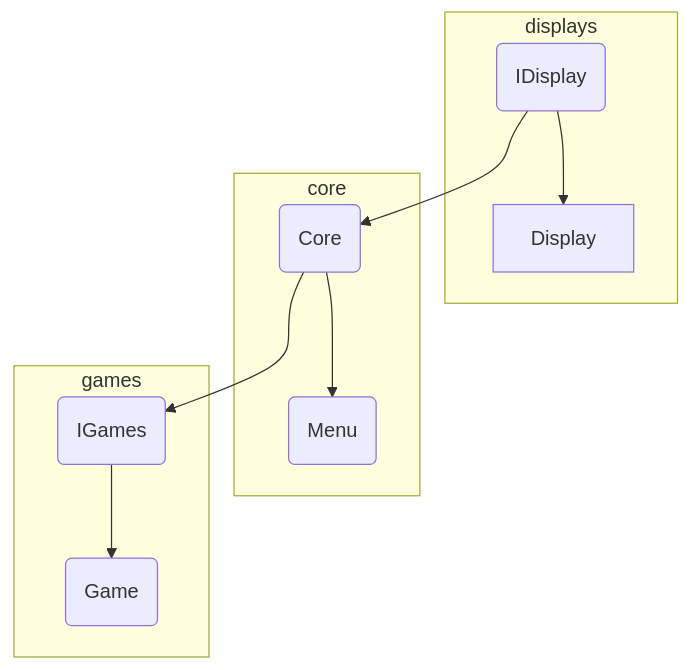
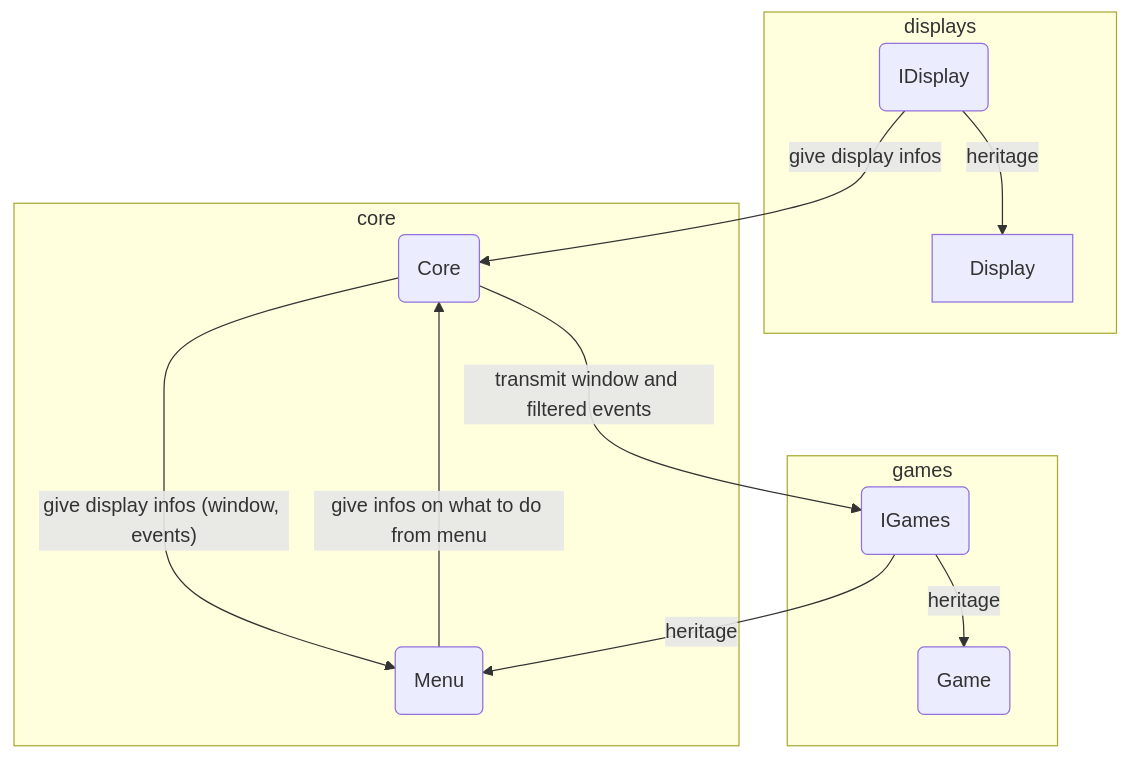
The diagram in docs/Relations.md (Lukacms/Arcade), drawn with Mermaid before and after one commit.

Commit message:
[DOCS] finished flowchart

````diff
--- a/docs/Relations.md
+++ b/docs/Relations.md
@@ -4,14 +4,16 @@
 ```mermaid
 flowchart TB
     subgraph displays
-    ID(IDisplay) --> D[Display]
+    ID(IDisplay) -- heritage --> D[Display]
     end
     subgraph core
-    C(Core) --> M(Menu)
+    C(Core) -- give display infos (window, events) --> M(Menu)
+    M -- give infos on what to do from menu --> C
     end
     subgraph games
-    IG(IGames) --> G(Game)
+    IG(IGames) -- heritage --> G(Game)
     end
-    ID --> C
-    C --> IG
+    ID -- give display infos --> C
+    C -- transmit window and filtered events --> IG
+    IG -- heritage --> M
 ```
````
